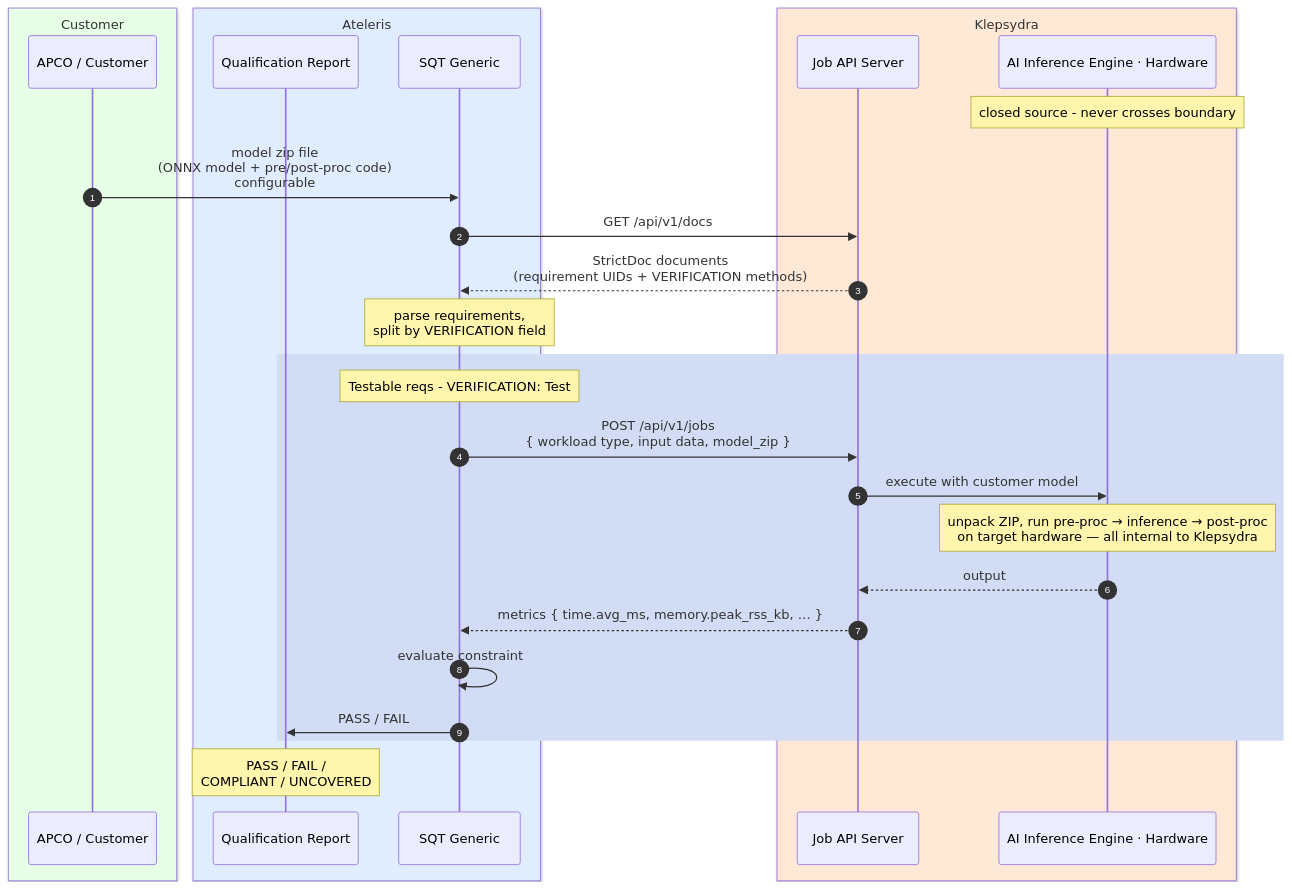
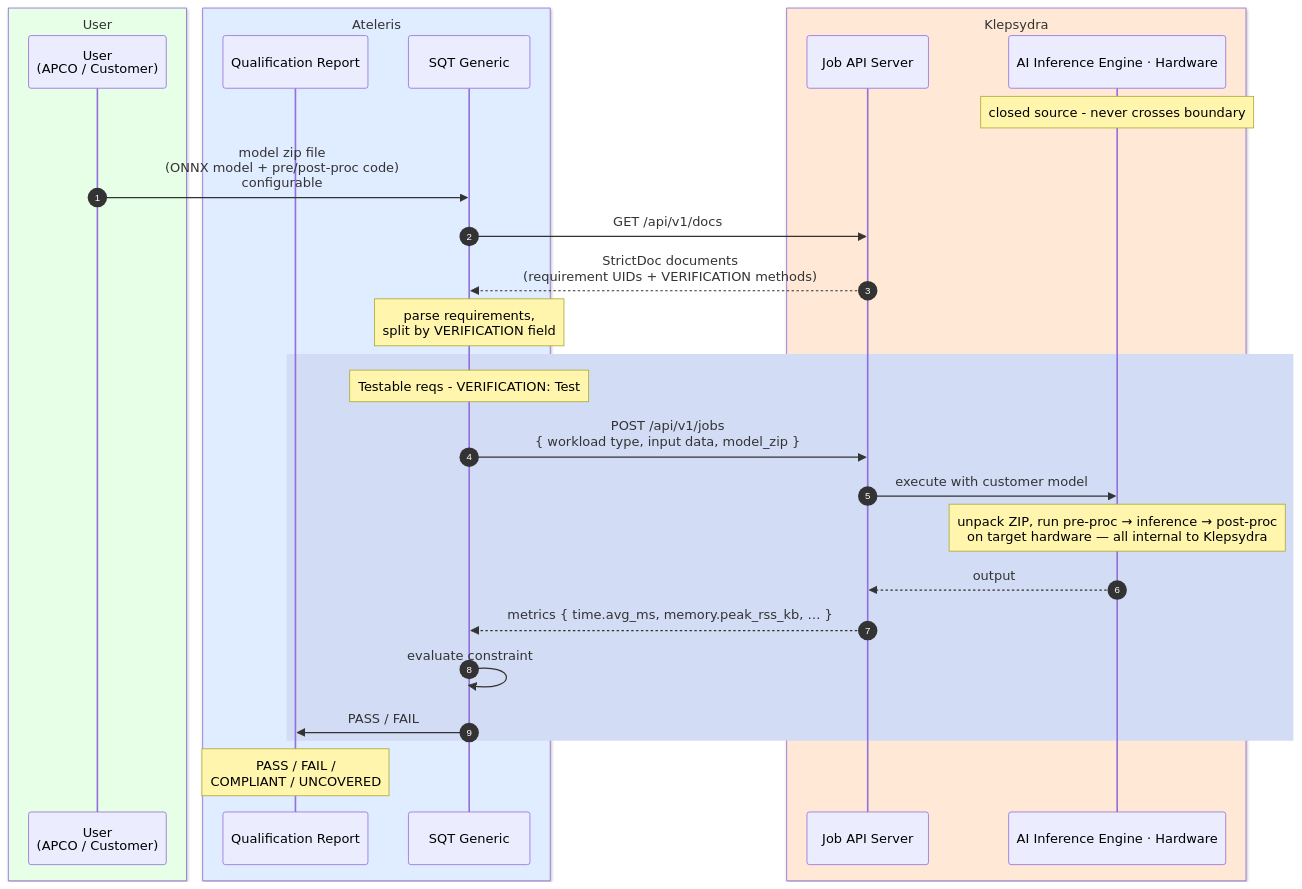
The diagram in sqt-klepsydra-interface.mmd (ateleris/qsmart-sqt), drawn with Mermaid before and after one commit.

Commit message:
Update user side

```diff
--- a/sqt-klepsydra-interface.mmd
+++ b/sqt-klepsydra-interface.mmd
@@ -1,37 +1,37 @@
 sequenceDiagram
     autonumber
-    box rgb(230,255,230) Customer
-        participant customer as APCO / Customer
+    box rgb(230,255,230) User
+        participant customer as User<br>(APCO / Customer)
     end
 
     box rgb(224,236,255) Ateleris
         participant report as Qualification Report
         participant sqt    as SQT Generic
     end
 
     box rgb(255,232,214) Klepsydra
         participant api   as Job API Server
         participant black  as AI Inference Engine · Hardware
     end
 
     Note over black: closed source - never crosses boundary
 
     customer ->> sqt: model zip file<br/>(ONNX model + pre/post-proc code)<br/>configurable
 
     sqt ->> api: GET /api/v1/docs
     api -->> sqt: StrictDoc documents<br/>(requirement UIDs + VERIFICATION methods)
 
     Note over sqt: parse requirements,<br/>split by VERIFICATION field
     rect rgb(210,220,245)
         Note over sqt: Testable reqs - VERIFICATION: Test
 
         sqt ->> api: POST /api/v1/jobs<br/>{ workload type, input data, model_zip }
         api ->> black: execute with customer model
         Note over black: unpack ZIP, run pre-proc → inference → post-proc<br/>on target hardware — all internal to Klepsydra
         black -->> api: output
         api -->> sqt: metrics { time.avg_ms, memory.peak_rss_kb, … }
 
         sqt ->> sqt: evaluate constraint
         sqt ->> report: PASS / FAIL
     end
     Note over report: PASS / FAIL / <br> COMPLIANT / UNCOVERED
```
